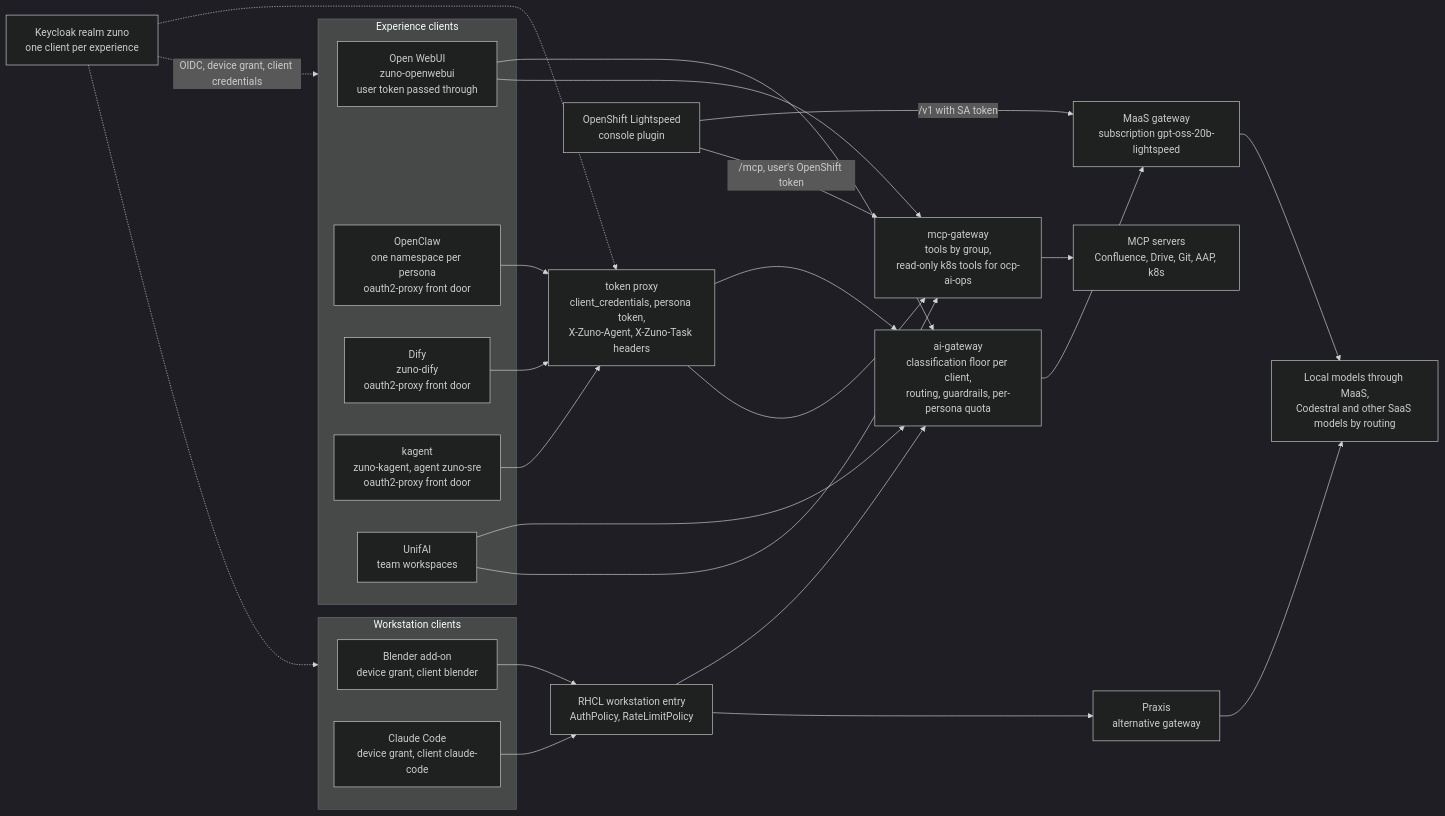
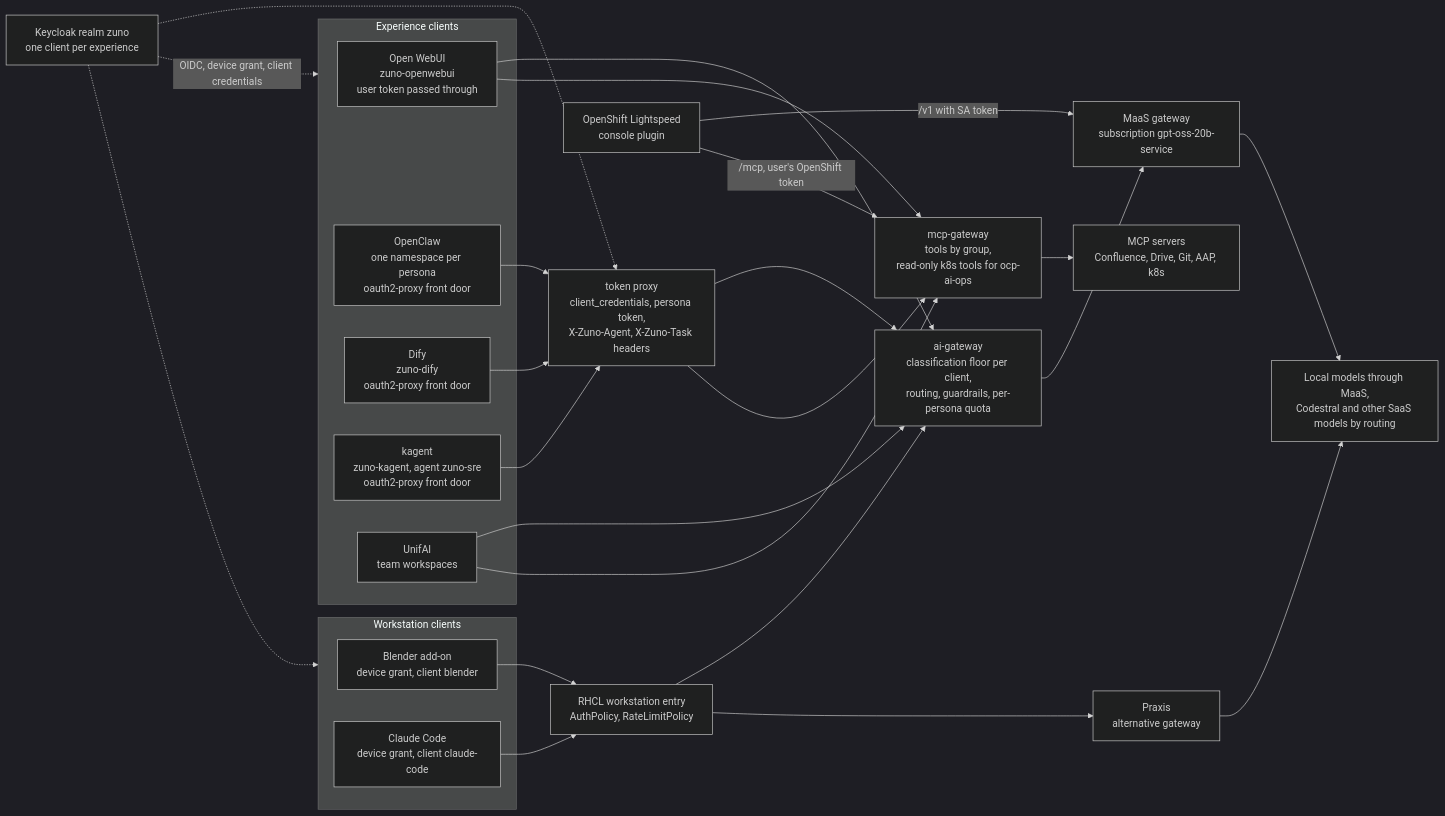
The second of 2 diagrams in docs/architecture/experiences-architecture.md (startxfr/zuno-demo), drawn with Mermaid (dark theme) before and after one commit. The commit also changed 11 other files, not shown here.

````diff
--- a/docs/architecture/experiences-architecture.md
+++ b/docs/architecture/experiences-architecture.md
@@ -98,43 +98,43 @@
 ```mermaid
 flowchart LR
   KC["Keycloak realm zuno<br/>one client per experience"]
   subgraph CLIENTS["Experience clients"]
     OW["Open WebUI<br/>zuno-openwebui<br/>user token passed through"]
     CL["OpenClaw<br/>one namespace per persona<br/>oauth2-proxy front door"]
     DF["Dify<br/>zuno-dify<br/>oauth2-proxy front door"]
     KG["kagent<br/>zuno-kagent, agent zuno-sre<br/>oauth2-proxy front door"]
     UF["UnifAI<br/>team workspaces"]
   end
   TP["token proxy<br/>client_credentials, persona token,<br/>X-Zuno-Agent, X-Zuno-Task headers"]
   subgraph WSN["Workstation clients"]
     BL["Blender add-on<br/>device grant, client blender"]
     CC["Claude Code<br/>device grant, client claude-code"]
   end
   RHCL["RHCL workstation entry<br/>AuthPolicy, RateLimitPolicy"]
   PRAX["Praxis<br/>alternative gateway"]
   AIGW["ai-gateway<br/>classification floor per client,<br/>routing, guardrails, per-persona quota"]
   MCPGW["mcp-gateway<br/>tools by group,<br/>read-only k8s tools for ocp-ai-ops"]
   LSP["OpenShift Lightspeed<br/>console plugin"]
-  MAAS["MaaS gateway<br/>subscription gpt-oss-20b-lightspeed"]
+  MAAS["MaaS gateway<br/>subscription gpt-oss-20b-service"]
   MODELS["Local models through MaaS,<br/>Codestral and other SaaS models by routing"]
   TOOLS["MCP servers<br/>Confluence, Drive, Git, AAP, k8s"]
   OW --> AIGW
   OW --> MCPGW
   UF --> AIGW
   UF --> MCPGW
   CL --> TP
   DF --> TP
   KG --> TP
   TP --> AIGW
   TP --> MCPGW
   BL --> RHCL --> AIGW
   CC --> RHCL
   RHCL --> PRAX --> MODELS
   LSP -->|"/v1 with SA token"| MAAS
   LSP -->|"/mcp, user's OpenShift token"| MCPGW
   AIGW --> MAAS --> MODELS
   MCPGW --> TOOLS
   KC -.->|"OIDC, device grant, client credentials"| CLIENTS
   KC -.-> WSN
   KC -.-> TP
 ```
````
